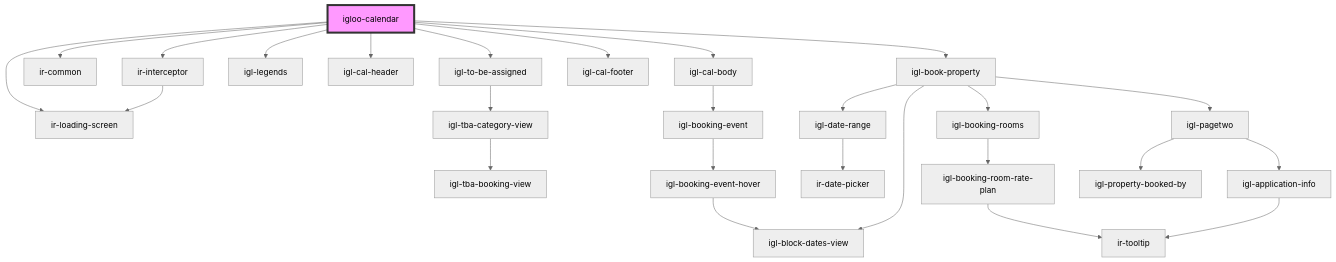
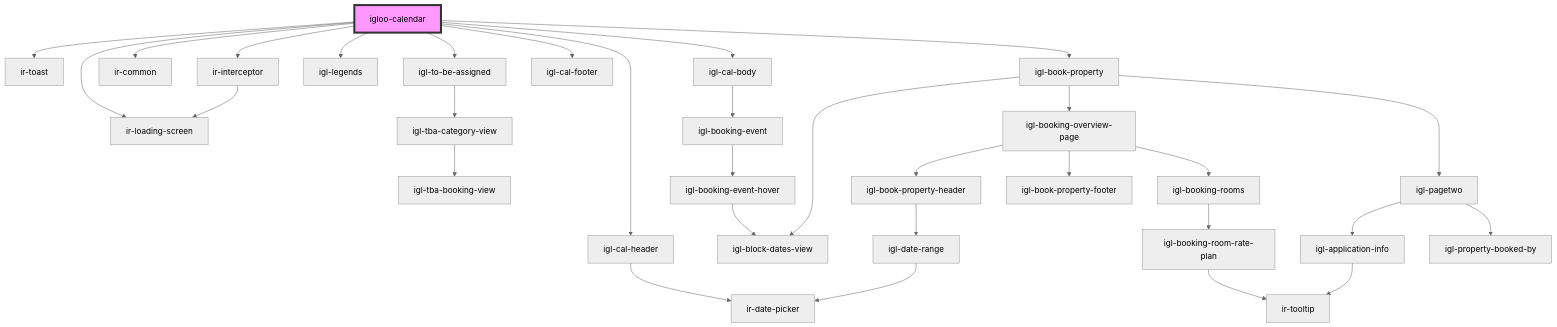
Before and after one commit to RonyRizk/ir-webcmp: the diagram in src/components/igloo-calendar/readme.md, drawn with Mermaid (neutral theme). The commit also changed other lines of this file and 37 other files, not shown here.

````diff
--- a/src/components/igloo-calendar/readme.md
+++ b/src/components/igloo-calendar/readme.md
@@ -45,29 +46,34 @@
 ```mermaid
 graph TD;
+  igloo-calendar --> ir-toast
   igloo-calendar --> ir-interceptor
   igloo-calendar --> ir-common
   igloo-calendar --> igl-to-be-assigned
   igloo-calendar --> igl-legends
   igloo-calendar --> igl-cal-header
   igloo-calendar --> igl-cal-body
   igloo-calendar --> igl-cal-footer
   igloo-calendar --> ir-loading-screen
   igloo-calendar --> igl-book-property
   ir-interceptor --> ir-loading-screen
   igl-to-be-assigned --> igl-tba-category-view
   igl-tba-category-view --> igl-tba-booking-view
+  igl-cal-header --> ir-date-picker
   igl-cal-body --> igl-booking-event
   igl-booking-event --> igl-booking-event-hover
   igl-booking-event-hover --> igl-block-dates-view
-  igl-book-property --> igl-date-range
-  igl-book-property --> igl-booking-rooms
   igl-book-property --> igl-block-dates-view
+  igl-book-property --> igl-booking-overview-page
   igl-book-property --> igl-pagetwo
+  igl-booking-overview-page --> igl-book-property-header
+  igl-booking-overview-page --> igl-booking-rooms
+  igl-booking-overview-page --> igl-book-property-footer
+  igl-book-property-header --> igl-date-range
   igl-date-range --> ir-date-picker
   igl-booking-rooms --> igl-booking-room-rate-plan
   igl-booking-room-rate-plan --> ir-tooltip
   igl-pagetwo --> igl-application-info
   igl-pagetwo --> igl-property-booked-by
   igl-application-info --> ir-tooltip
   style igloo-calendar fill:#f9f,stroke:#333,stroke-width:4px
 ```
````
